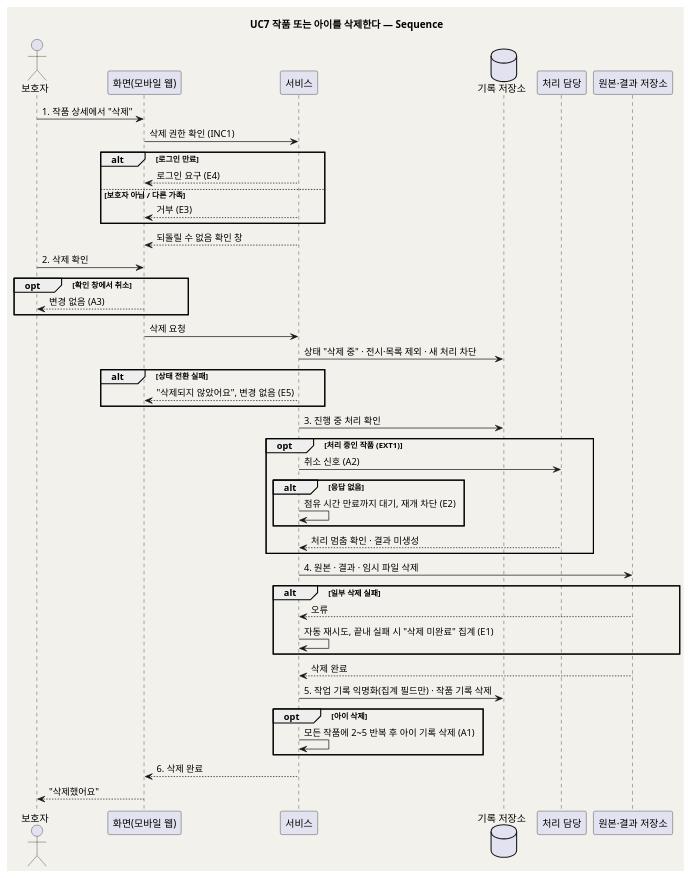
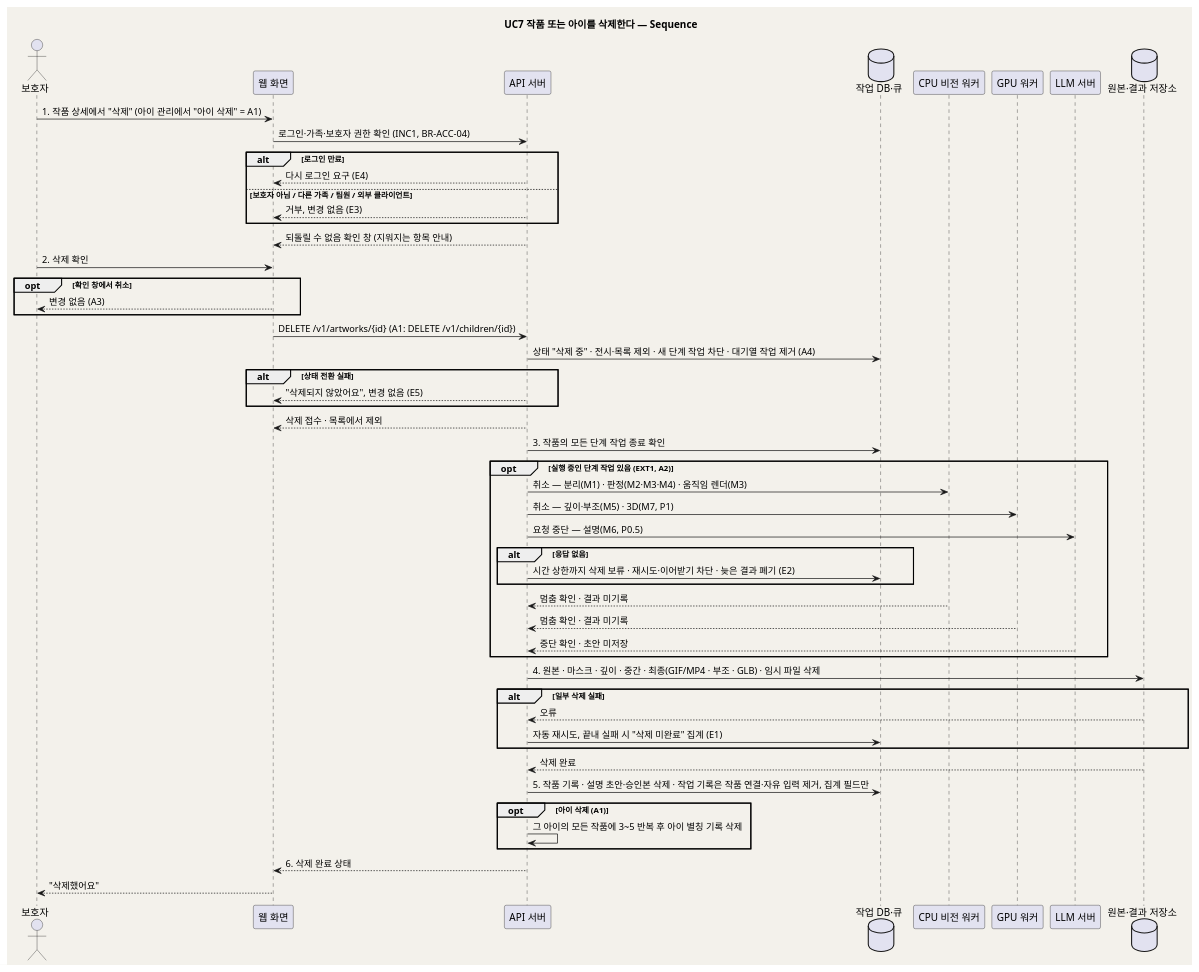
One commit to kids-gallery/uri-gallery changed the second of 2 diagrams in design/UC_07_작품아이삭제.md. Above: the diagram before and after it, drawn with PlantUML. The commit also changed other lines of this file and 23 other files, not shown here.

````diff
--- a/design/UC_07_작품아이삭제.md
+++ b/design/UC_07_작품아이삭제.md
@@ -162,57 +176,64 @@
 ```plantuml
-@startuml seq_family_gallery_07
+@startuml seq_our_kids_gallery_07
 skinparam backgroundColor #F3F1EB
 skinparam shadowing false
 title UC7 작품 또는 아이를 삭제한다 — Sequence
 
 actor "보호자" as Parent
-participant "화면(모바일 웹)" as UI
-participant "서비스" as SVC
-database "기록 저장소" as DB
-participant "처리 담당" as Worker
-participant "원본·결과 저장소" as Store
+participant "웹 화면" as UI
+participant "API 서버" as API
+database "작업 DB·큐" as DB
+participant "CPU 비전 워커" as CPU
+participant "GPU 워커" as GPU
+participant "LLM 서버" as LLM
+database "원본·결과 저장소" as Store
 
-Parent -> UI : 1. 작품 상세에서 "삭제"
-UI -> SVC : 삭제 권한 확인 (INC1)
+Parent -> UI : 1. 작품 상세에서 "삭제" (아이 관리에서 "아이 삭제" = A1)
+UI -> API : 로그인·가족·보호자 권한 확인 (INC1, BR-ACC-04)
 alt 로그인 만료
-  SVC --> UI : 로그인 요구 (E4)
-else 보호자 아님 / 다른 가족
-  SVC --> UI : 거부 (E3)
+  API --> UI : 다시 로그인 요구 (E4)
+else 보호자 아님 / 다른 가족 / 팀원 / 외부 클라이언트
+  API --> UI : 거부, 변경 없음 (E3)
 end
-SVC --> UI : 되돌릴 수 없음 확인 창
+API --> UI : 되돌릴 수 없음 확인 창 (지워지는 항목 안내)
 
 Parent -> UI : 2. 삭제 확인
 opt 확인 창에서 취소
   UI --> Parent : 변경 없음 (A3)
 end
-UI -> SVC : 삭제 요청
-SVC -> DB : 상태 "삭제 중" · 전시·목록 제외 · 새 처리 차단
+UI -> API : DELETE /v1/artworks/{id} (A1: DELETE /v1/children/{id})
+API -> DB : 상태 "삭제 중" · 전시·목록 제외 · 새 단계 작업 차단 · 대기열 작업 제거 (A4)
 alt 상태 전환 실패
-  SVC --> UI : "삭제되지 않았어요", 변경 없음 (E5)
+  API --> UI : "삭제되지 않았어요", 변경 없음 (E5)
+end
+API --> UI : 삭제 접수 · 목록에서 제외
+
+API -> DB : 3. 작품의 모든 단계 작업 종료 확인
+opt 실행 중인 단계 작업 있음 (EXT1, A2)
+  API -> CPU : 취소 — 분리(M1) · 판정(M2·M3·M4) · 움직임 렌더(M3)
+  API -> GPU : 취소 — 깊이·부조(M5) · 3D(M7, P1)
+  API -> LLM : 요청 중단 — 설명(M6, P0.5)
+  alt 응답 없음
+    API -> DB : 시간 상한까지 삭제 보류 · 재시도·이어받기 차단 · 늦은 결과 폐기 (E2)
+  end
+  CPU --> API : 멈춤 확인 · 결과 미기록
+  GPU --> API : 멈춤 확인 · 결과 미기록
+  LLM --> API : 중단 확인 · 초안 미저장
 end
 
-SVC -> DB : 3. 진행 중 처리 확인
-opt 처리 중인 작품 (EXT1)
-  SVC -> Worker : 취소 신호 (A2)
-  alt 응답 없음
-    SVC -> SVC : 점유 시간 만료까지 대기, 재개 차단 (E2)
-  end
-  Worker --> SVC : 처리 멈춤 확인 · 결과 미생성
+API -> Store : 4. 원본 · 마스크 · 깊이 · 중간 · 최종(GIF/MP4 · 부조 · GLB) · 임시 파일 삭제
+alt 일부 삭제 실패
+  Store --> API : 오류
+  API -> DB : 자동 재시도, 끝내 실패 시 "삭제 미완료" 집계 (E1)
+end
+Store --> API : 삭제 완료
+
+API -> DB : 5. 작품 기록 · 설명 초안·승인본 삭제 · 작업 기록은 작품 연결·자유 입력 제거, 집계 필드만
+opt 아이 삭제 (A1)
+  API -> API : 그 아이의 모든 작품에 3~5 반복 후 아이 별칭 기록 삭제
 end
 
-SVC -> Store : 4. 원본 · 결과 · 임시 파일 삭제
-alt 일부 삭제 실패
-  Store --> SVC : 오류
-  SVC -> SVC : 자동 재시도, 끝내 실패 시 "삭제 미완료" 집계 (E1)
-end
-Store --> SVC : 삭제 완료
-
-SVC -> DB : 5. 작업 기록 익명화(집계 필드만) · 작품 기록 삭제
-opt 아이 삭제
-  SVC -> SVC : 모든 작품에 2~5 반복 후 아이 기록 삭제 (A1)
-end
-
-SVC --> UI : 6. 삭제 완료
+API --> UI : 6. 삭제 완료 상태
 UI --> Parent : "삭제했어요"
 @enduml
 ```
````
